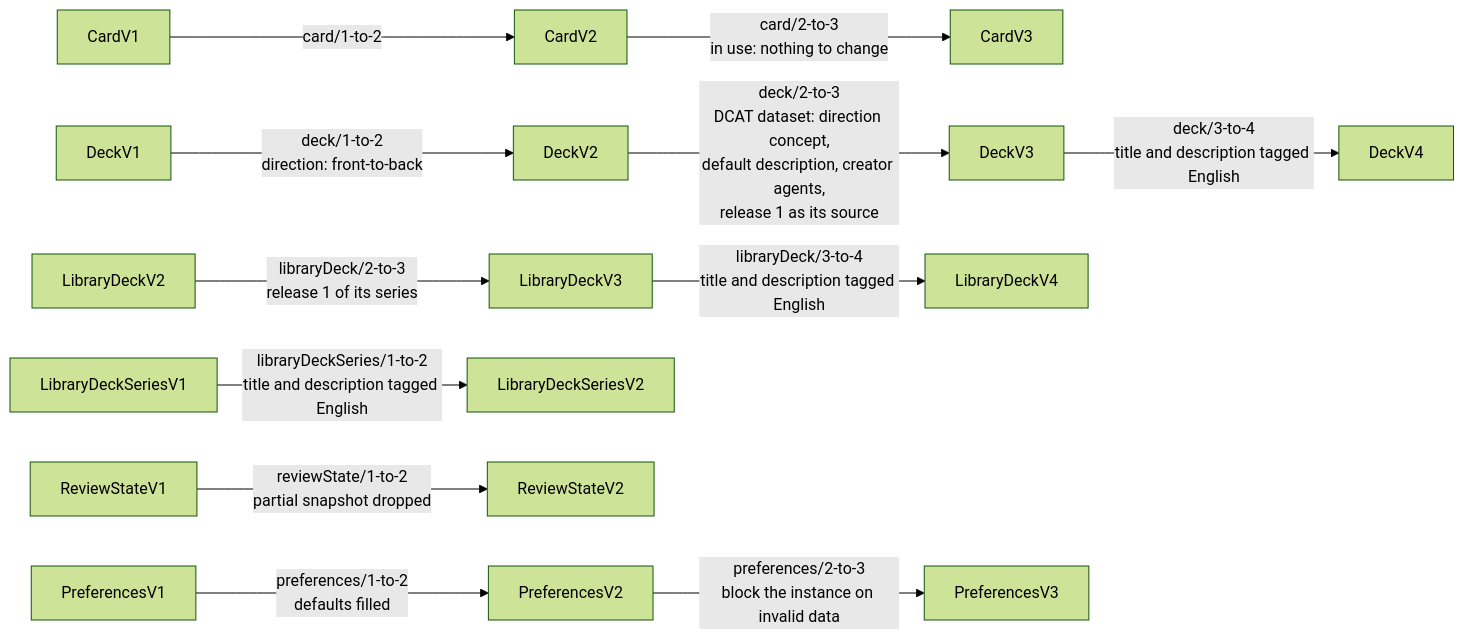
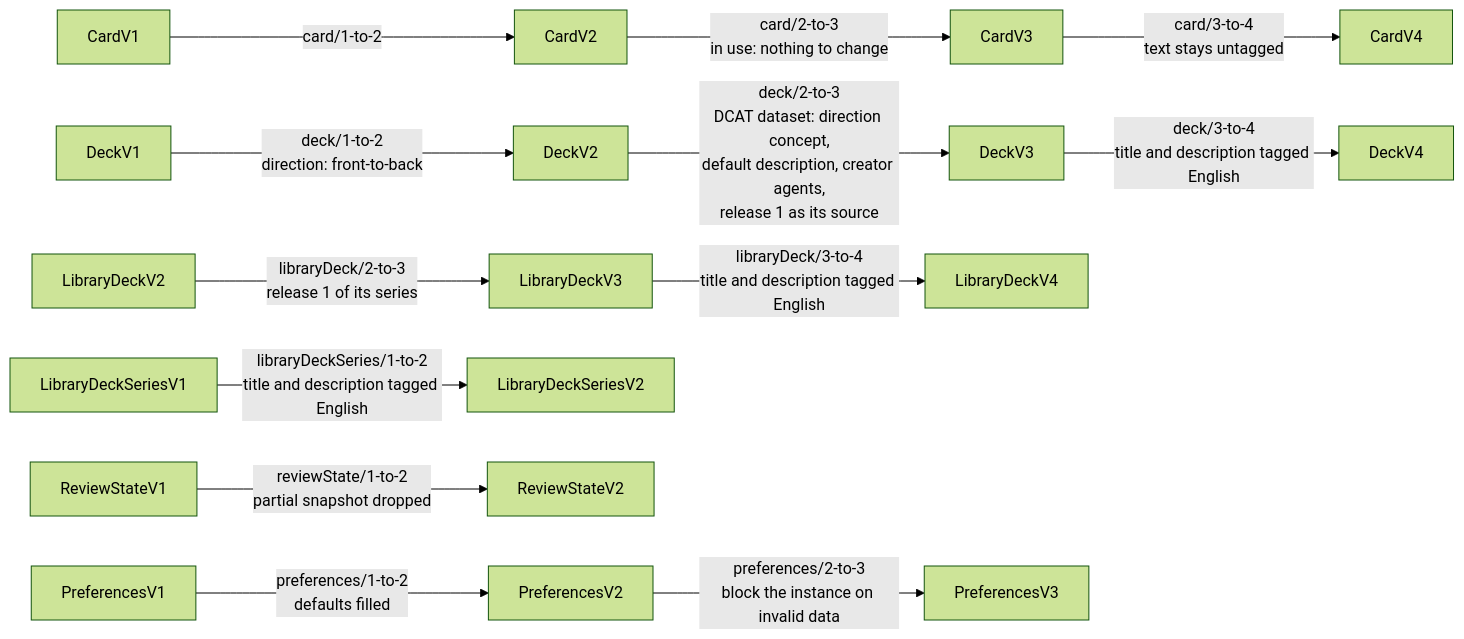
Before and after one commit to antwika/solid-memo: the first of 2 diagrams in docs/migrations.md, drawn with Mermaid (forest theme). The commit also changed other lines of this file and 68 other files, not shown here.

First line of the commit message:
Add card format 4: a side's text may be tagged with its language

````diff
--- a/docs/migrations.md
+++ b/docs/migrations.md
@@ -58,14 +68,15 @@
 ```mermaid
 flowchart LR
     v1["CardV1"] -->|card/1-to-2| v2["CardV2"]
     v2 -->|card/2-to-3<br/>in use: nothing to change| v3["CardV3"]
+    v3 -->|card/3-to-4<br/>text stays untagged| v4["CardV4"]
     d1["DeckV1"] -->|deck/1-to-2<br/>direction: front-to-back| d2["DeckV2"]
     d2 -->|deck/2-to-3<br/>DCAT dataset: direction concept,<br/>default description, creator agents,<br/>release 1 as its source| d3["DeckV3"]
     d3 -->|deck/3-to-4<br/>title and description tagged English| d4["DeckV4"]
     l2["LibraryDeckV2"] -->|libraryDeck/2-to-3<br/>release 1 of its series| l3["LibraryDeckV3"]
     l3 -->|libraryDeck/3-to-4<br/>title and description tagged English| l4["LibraryDeckV4"]
     s1["LibraryDeckSeriesV1"] -->|libraryDeckSeries/1-to-2<br/>title and description tagged English| s2["LibraryDeckSeriesV2"]
     r1["ReviewStateV1"] -->|reviewState/1-to-2<br/>partial snapshot dropped| r2["ReviewStateV2"]
     p1["PreferencesV1"] -->|preferences/1-to-2<br/>defaults filled| p2["PreferencesV2"]
     p2 -->|preferences/2-to-3<br/>block the instance on invalid data| p3["PreferencesV3"]
 ```
````
